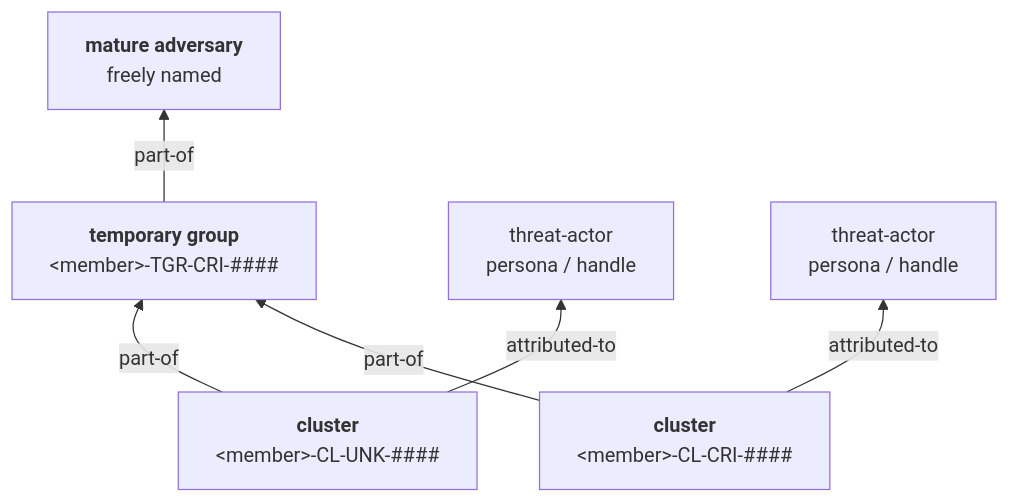
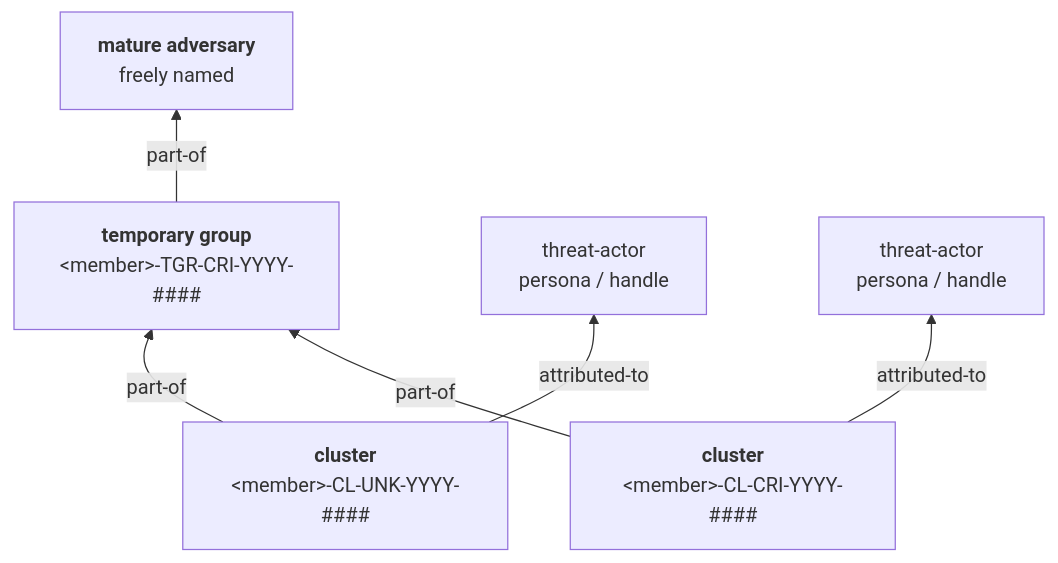
One commit to CTI-Center/PatchWork changed the first of 2 diagrams in docs/Patchwork-CTI-Framework.md. Above: the diagram before and after it, drawn with Mermaid. The commit also changed other lines of this file and 79 other files, not shown here.

````diff
--- a/docs/Patchwork-CTI-Framework.md
+++ b/docs/Patchwork-CTI-Framework.md
@@ -282,14 +284,14 @@
 ```mermaid
 flowchart BT
-  C1["<b>cluster</b><br/>&lt;member&gt;-CL-UNK-####"]
-  C2["<b>cluster</b><br/>&lt;member&gt;-CL-CRI-####"]
-  T["<b>temporary group</b><br/>&lt;member&gt;-TGR-CRI-####"]
+  C1["<b>cluster</b><br/>&lt;member&gt;-CL-UNK-YYYY-####"]
+  C2["<b>cluster</b><br/>&lt;member&gt;-CL-CRI-YYYY-####"]
+  T["<b>temporary group</b><br/>&lt;member&gt;-TGR-CRI-YYYY-####"]
   N["<b>mature adversary</b><br/>freely named"]
   P1["threat-actor<br/>persona / handle"]
   P2["threat-actor<br/>persona / handle"]
   C1 -->|part-of| T
   C2 -->|part-of| T
   T -->|part-of| N
   C1 -->|attributed-to| P1
   C2 -->|attributed-to| P2
 ```
````
